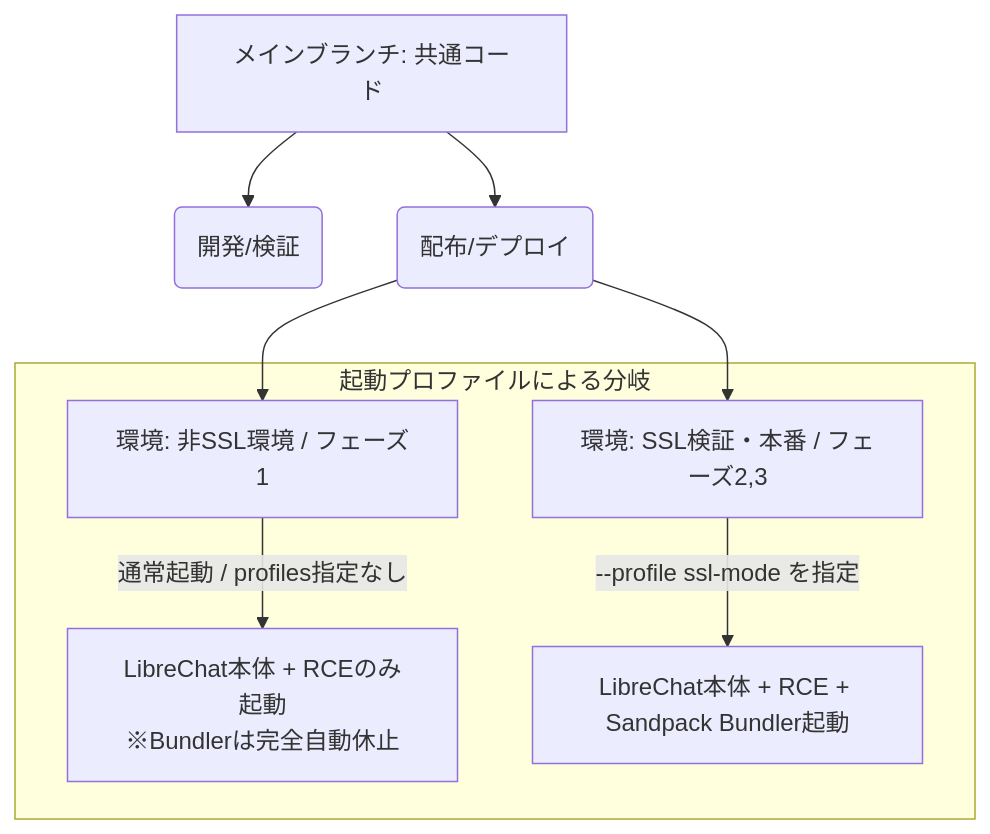
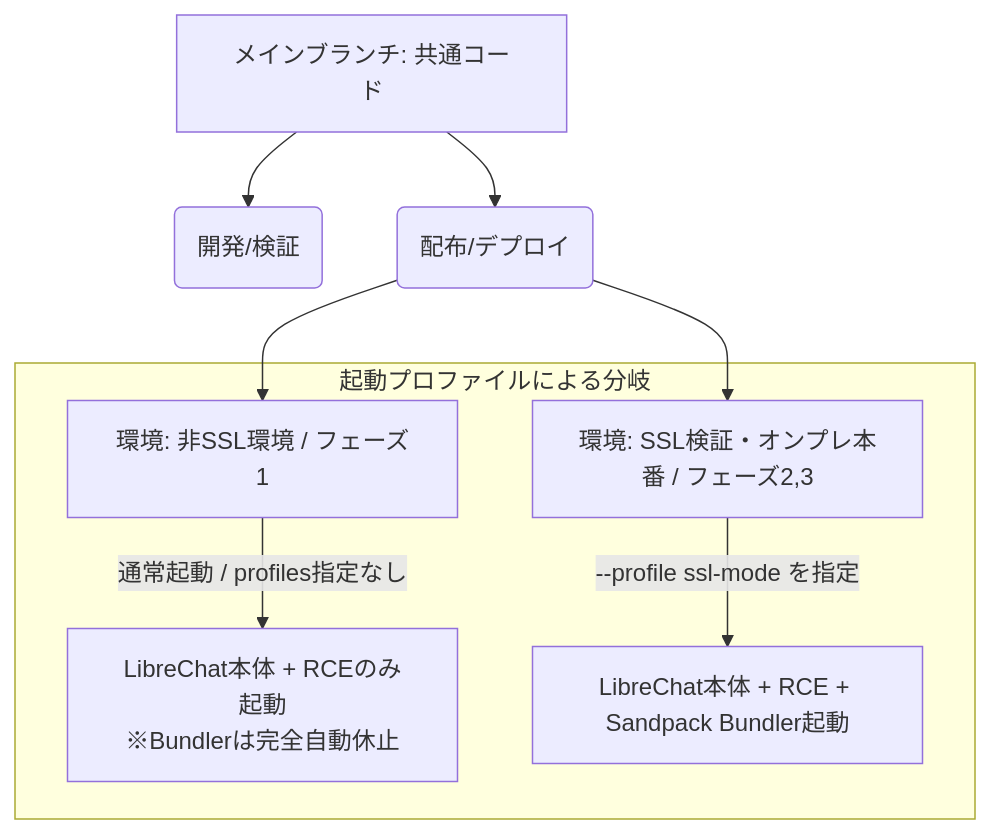
The diagram in docs/librechat_artifacts_multi_env_guide.md (chottokun/LibreChat_with_local_CI), drawn with Mermaid before and after one commit. The commit also changed other lines of this file and 7 other files, not shown here.

````diff
--- a/docs/librechat_artifacts_multi_env_guide.md
+++ b/docs/librechat_artifacts_multi_env_guide.md
@@ -12,13 +12,13 @@
 ```mermaid
 graph TD
     A[メインブランチ: 共通コード] --> B(開発/検証)
     A --> C(配布/デプロイ)
     
     subgraph 起動プロファイルによる分岐
         D[環境: 非SSL環境 / フェーズ1] -->|通常起動 / profiles指定なし| E[LibreChat本体 + RCEのみ起動<br>※Bundlerは完全自動休止]
-        F[環境: SSL検証・本番 / フェーズ2,3] -->|--profile ssl-mode を指定| G[LibreChat本体 + RCE + Sandpack Bundler起動]
+        F[環境: SSL検証・オンプレ本番 / フェーズ2,3] -->|--profile ssl-mode を指定| G[LibreChat本体 + RCE + Sandpack Bundler起動]
     end
     
     C --> D
     C --> F
 ```
````
